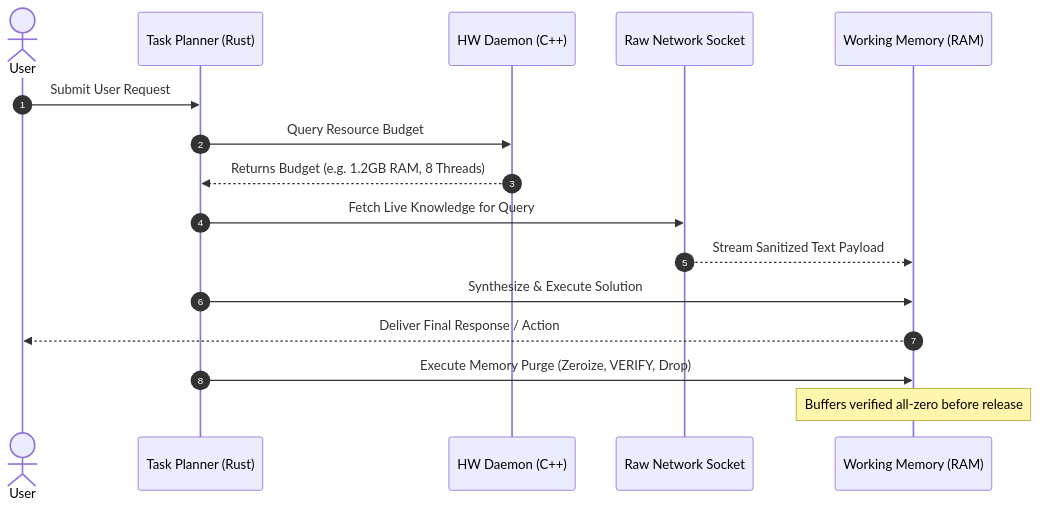
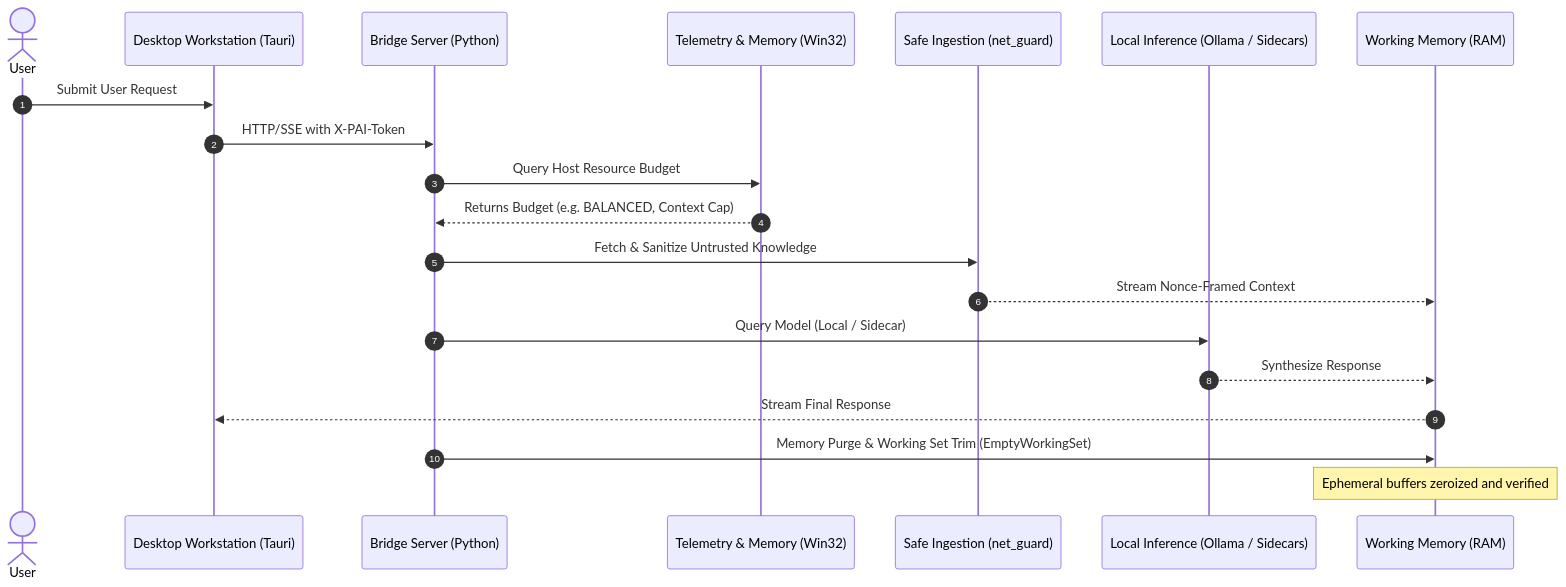
One commit to hirushasuhan/pai changed the second of 3 diagrams in docs/ARCHITECTURE.md. Above: the diagram before and after it, drawn with Mermaid. The commit also changed other lines of this file and 22 other files, not shown here.

````diff
--- a/docs/ARCHITECTURE.md
+++ b/docs/ARCHITECTURE.md
@@ -140,19 +141,23 @@
 ```mermaid
 sequenceDiagram
     autonumber
     actor User
-    participant Planner as Task Planner (Rust)
-    participant Telemetry as HW Daemon (C++)
-    participant Network as Raw Network Socket
-    participant RAM as Working Memory (RAM)
+    participant UI as Desktop Workstation (Tauri)
+    participant Bridge as Bridge Server (Python)
+    participant Telemetry as Telemetry & Memory (Win32)
+    participant Ingest as Safe Ingestion (net_guard)
+    participant Model as Local Inference (Ollama / Sidecars)
+    participant Memory as Working Memory (RAM)
 
-    User->>Planner: Submit User Request
-    Planner->>Telemetry: Query Resource Budget
-    Telemetry-->>Planner: Returns Budget (e.g. 1.2GB RAM, 8 Threads)
-    Planner->>Network: Fetch Live Knowledge for Query
-    Network-->>RAM: Stream Sanitized Text Payload
-    Planner->>RAM: Synthesize & Execute Solution
-    RAM-->>User: Deliver Final Response / Action
-    Planner->>RAM: Execute Memory Purge (Zeroize, VERIFY, Drop)
-    Note over RAM: Buffers verified all-zero before release
+    User->>UI: Submit User Request
+    UI->>Bridge: HTTP/SSE with X-PAI-Token
+    Bridge->>Telemetry: Query Host Resource Budget
+    Telemetry-->>Bridge: Returns Budget (e.g. BALANCED, Context Cap)
+    Bridge->>Ingest: Fetch & Sanitize Untrusted Knowledge
+    Ingest-->>Memory: Stream Nonce-Framed Context
+    Bridge->>Model: Query Model (Local / Sidecar)
+    Model-->>Memory: Synthesize Response
+    Memory-->>UI: Stream Final Response
+    Bridge->>Memory: Memory Purge & Working Set Trim (EmptyWorkingSet)
+    Note over Memory: Ephemeral buffers zeroized and verified
 ```
````
